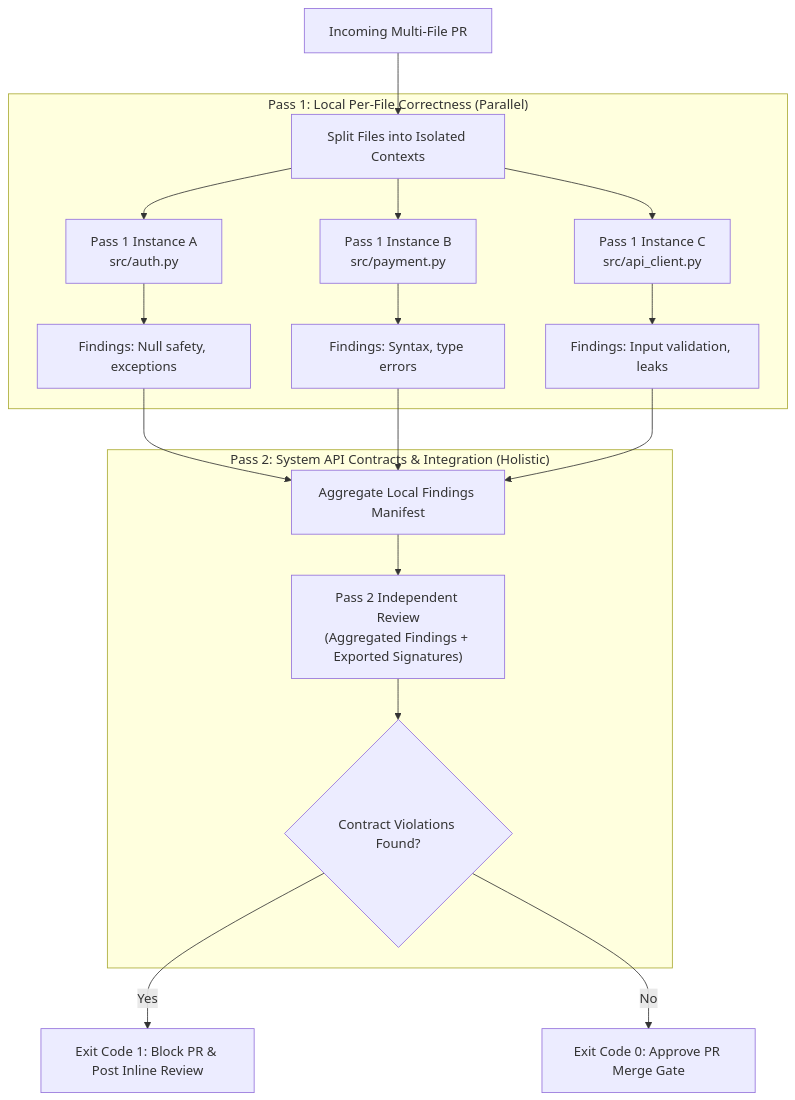
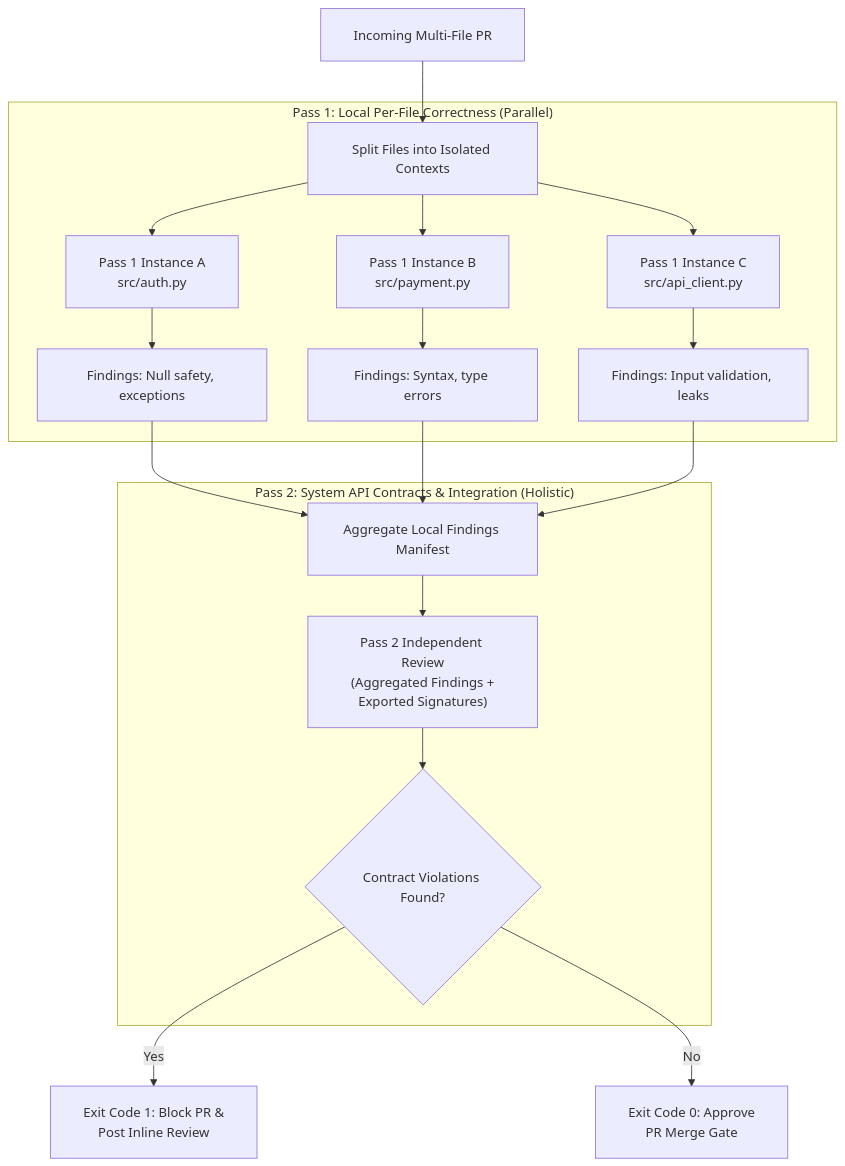
The third of 4 diagrams in scenarios/scenario_5_continuous_integration/SCENARIO_GUIDE.md (dip4k/claude_cert_architect_foundation_prep), drawn with Mermaid before and after one commit. The commit also changed other lines of this file and 31 other files, not shown here.

First line of the commit message:
docs(diagrams): fix text trimming, padding, and layout in all mermaid diagrams

````diff
--- a/scenarios/scenario_5_continuous_integration/SCENARIO_GUIDE.md
+++ b/scenarios/scenario_5_continuous_integration/SCENARIO_GUIDE.md
@@ -109,24 +111,25 @@
 ```mermaid
+%%{init: {"flowchart": {"htmlLabels": true, "padding": 20}}}%%
 flowchart TD
     PR["Incoming Multi-File PR"] --> Split["Split Files into Isolated Contexts"]
     
     subgraph Pass1["Pass 1: Local Per-File Correctness (Parallel)"]
         Split --> P1A["Pass 1 Instance A<br/>src/auth.py"]
         Split --> P1B["Pass 1 Instance B<br/>src/payment.py"]
         Split --> P1C["Pass 1 Instance C<br/>src/api_client.py"]
         
         P1A --> R1["Findings: Null safety, exceptions"]
         P1B --> R2["Findings: Syntax, type errors"]
         P1C --> R3["Findings: Input validation, leaks"]
     end
     
     R1 & R2 & R3 --> Agg["Aggregate Local Findings Manifest"]
     
     subgraph Pass2["Pass 2: System API Contracts & Integration (Holistic)"]
-        Agg --> P2Instance["Pass 2 Independent Review<br/>(Aggregated Findings + Exported Signatures)"]
+        Agg --> P2Instance["Pass 2 Independent Review<br/>(Aggregated Findings +<br/>Exported Signatures)"]
         P2Instance --> ContractEval{"Contract Violations Found?"}
     end
     
-    ContractEval -- "Yes" --> BlockGate["Exit Code 1: Block PR & Post Inline Review"]
-    ContractEval -- "No" --> PassGate["Exit Code 0: Approve PR Merge Gate"]
+    ContractEval -- "Yes" --> BlockGate["Exit Code 1: Block PR &<br/>Post Inline Review"]
+    ContractEval -- "No" --> PassGate["Exit Code 0: Approve<br/>PR Merge Gate"]
 ```
````
